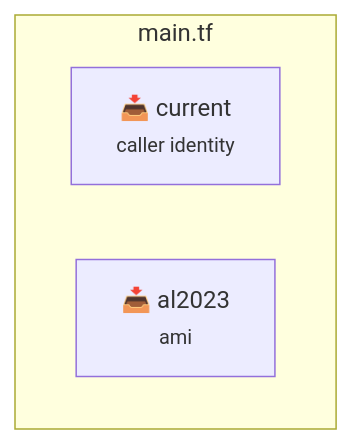
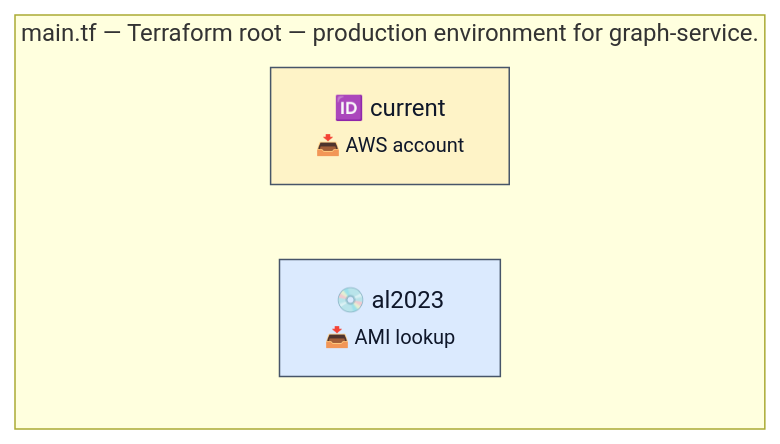
The diagram in infra/diagrams/per-file/main.mmd (macamp0328/liner-notes), drawn with Mermaid before and after one commit. The commit also changed 11 other files, not shown here.

First line of the commit message:
docs(diagrams): enrich per-file Mermaid + redesign request-flow (#149)

```diff
--- a/infra/diagrams/per-file/main.mmd
+++ b/infra/diagrams/per-file/main.mmd
@@ -1,8 +1,10 @@
 %% Auto-generated by scripts/diagrams/generate.ts — do not edit by hand.
 %% Source: infra/terraform/main.tf
 flowchart LR
-  subgraph this["main.tf"]
+  classDef compute fill:#dbeafe,stroke:#475569,color:#0f172a
+  classDef iam fill:#fef3c7,stroke:#475569,color:#0f172a
+  subgraph this["main.tf — Terraform root — production environment for graph-service."]
     direction LR
-    data_aws_caller_identity_current["📥 current<br/><small>caller identity</small>"]
-    data_aws_ami_al2023["📥 al2023<br/><small>ami</small>"]
+    data_aws_caller_identity_current["🆔 current<br/><small>📥 AWS account</small>"]:::iam
+    data_aws_ami_al2023["💿 al2023<br/><small>📥 AMI lookup</small>"]:::compute
   end
```
